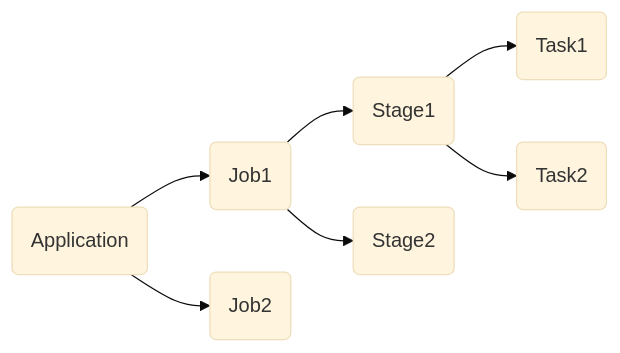
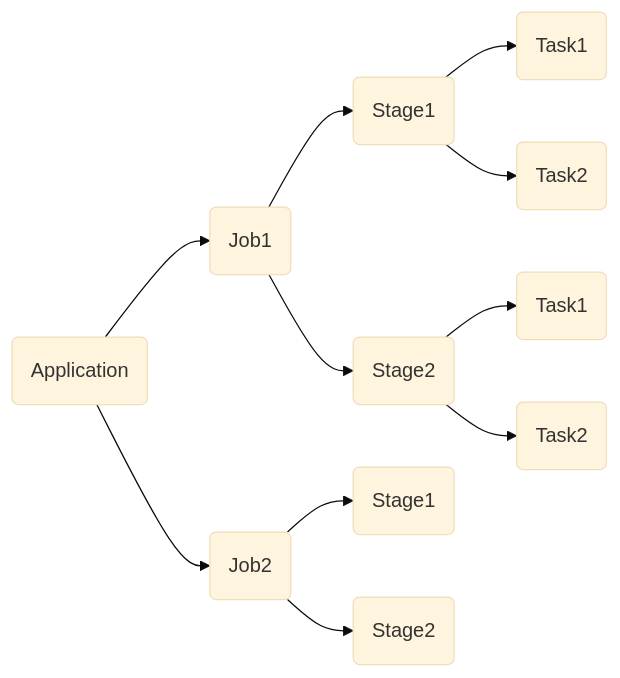
The diagram in doc/job log/Spark中Job-Stage-Task之间关系.md (Daytime-Don-t-Know-Dark-Night/code-segment), drawn with Mermaid (base theme) before and after one commit.

````diff
--- a/doc/job log/Spark中Job-Stage-Task之间关系.md
+++ b/doc/job log/Spark中Job-Stage-Task之间关系.md
@@ -3,13 +3,19 @@
 ```mermaid
 graph LR
 
 A(Application) --> J1(Job1)
 A(Application) --> J2(Job2)
 
 J1 --> S1(Stage1)
 J1 --> S2(Stage2)
 
+J2 --> S3(Stage1)
+J2 --> S4(Stage2)
+
 S1 --> T1(Task1)
 S1 --> T2(Task2)
 
+S2 --> T3(Task1)
+S2 --> T4(Task2)
+
 ```
````
